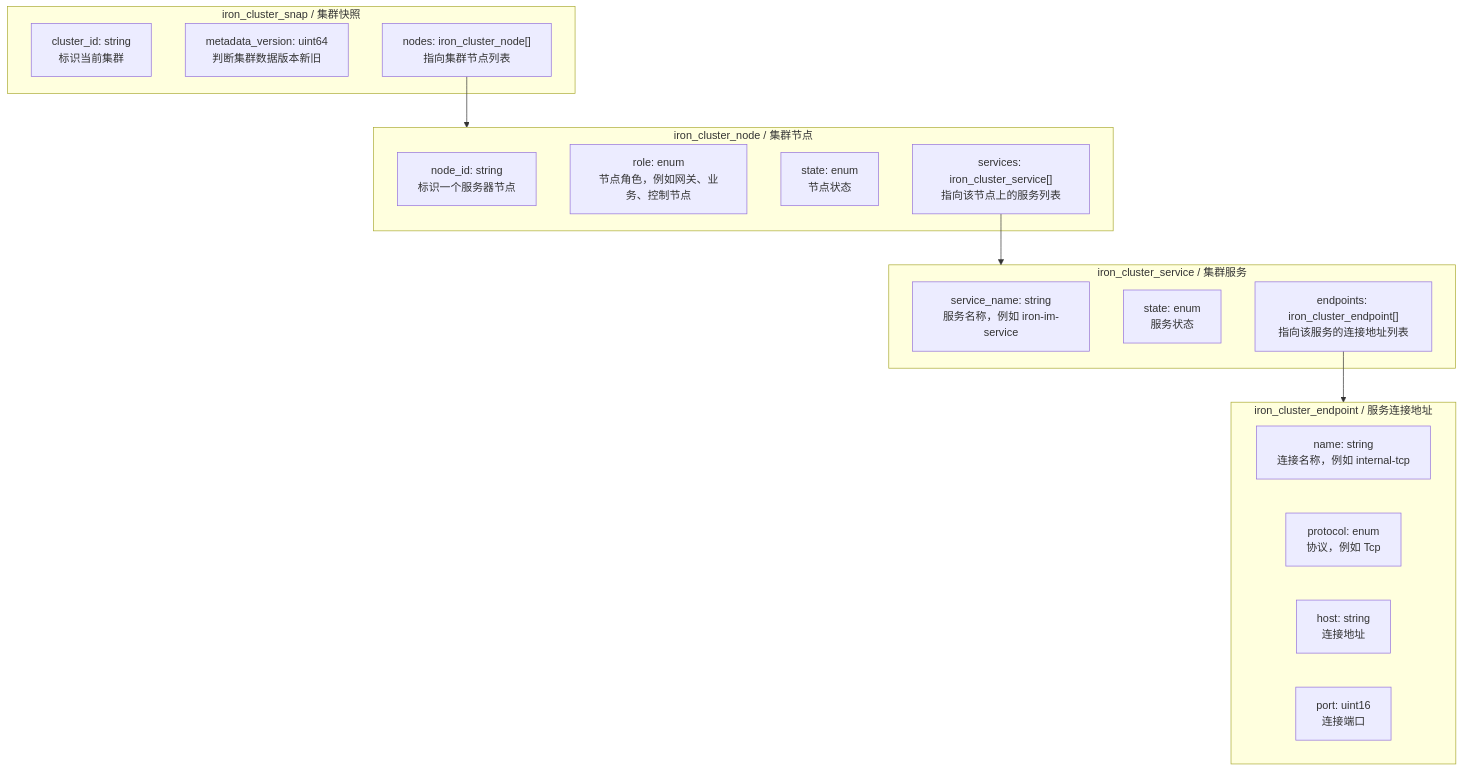
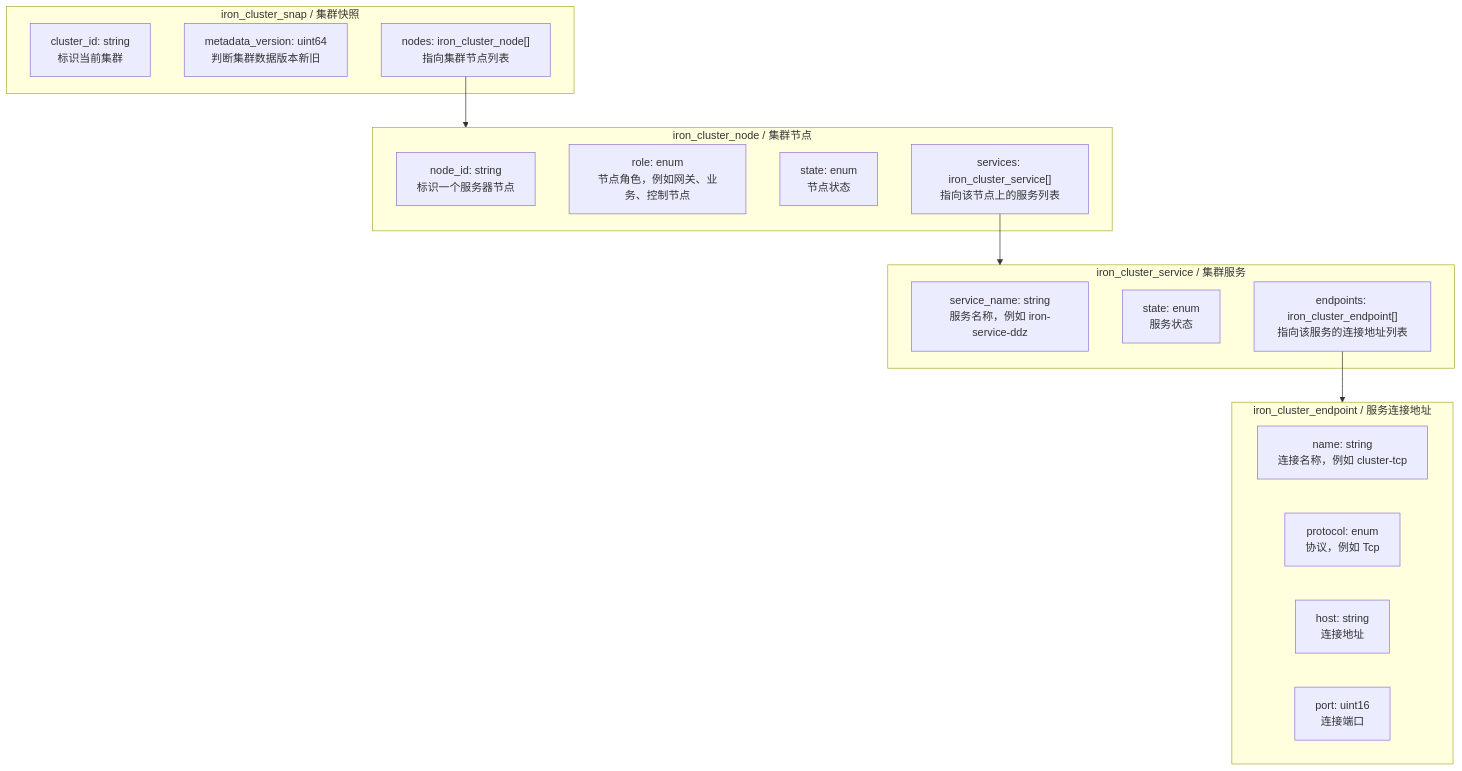
One commit to puck95279527/IronMesh changed the diagram in iron-protocol/docs/cluster-base-protocol.md. Above: the diagram before and after it, drawn with Mermaid. The commit also changed other lines of this file and 7 other files, not shown here.

````diff
--- a/iron-protocol/docs/cluster-base-protocol.md
+++ b/iron-protocol/docs/cluster-base-protocol.md
@@ -20,32 +20,32 @@
 ```mermaid
 flowchart TD
     subgraph SNAP["iron_cluster_snap / 集群快照"]
         SNAP_cluster_id["cluster_id: string<br/>标识当前集群"]
         SNAP_metadata_version["metadata_version: uint64<br/>判断集群数据版本新旧"]
         SNAP_nodes["nodes: iron_cluster_node[]<br/>指向集群节点列表"]
     end
 
     subgraph NODE["iron_cluster_node / 集群节点"]
         NODE_node_id["node_id: string<br/>标识一个服务器节点"]
         NODE_role["role: enum<br/>节点角色，例如网关、业务、控制节点"]
         NODE_state["state: enum<br/>节点状态"]
         NODE_services["services: iron_cluster_service[]<br/>指向该节点上的服务列表"]
     end
 
     subgraph SERVICE["iron_cluster_service / 集群服务"]
-        SERVICE_service_name["service_name: string<br/>服务名称，例如 iron-im-service"]
+        SERVICE_service_name["service_name: string<br/>服务名称，例如 iron-service-ddz"]
         SERVICE_state["state: enum<br/>服务状态"]
         SERVICE_endpoints["endpoints: iron_cluster_endpoint[]<br/>指向该服务的连接地址列表"]
     end
 
     subgraph ENDPOINT["iron_cluster_endpoint / 服务连接地址"]
-        ENDPOINT_name["name: string<br/>连接名称，例如 internal-tcp"]
+        ENDPOINT_name["name: string<br/>连接名称，例如 cluster-tcp"]
         ENDPOINT_protocol["protocol: enum<br/>协议，例如 Tcp"]
         ENDPOINT_host["host: string<br/>连接地址"]
         ENDPOINT_port["port: uint16<br/>连接端口"]
     end
 
     SNAP_nodes --> NODE
     NODE_services --> SERVICE
     SERVICE_endpoints --> ENDPOINT
 ```
````
